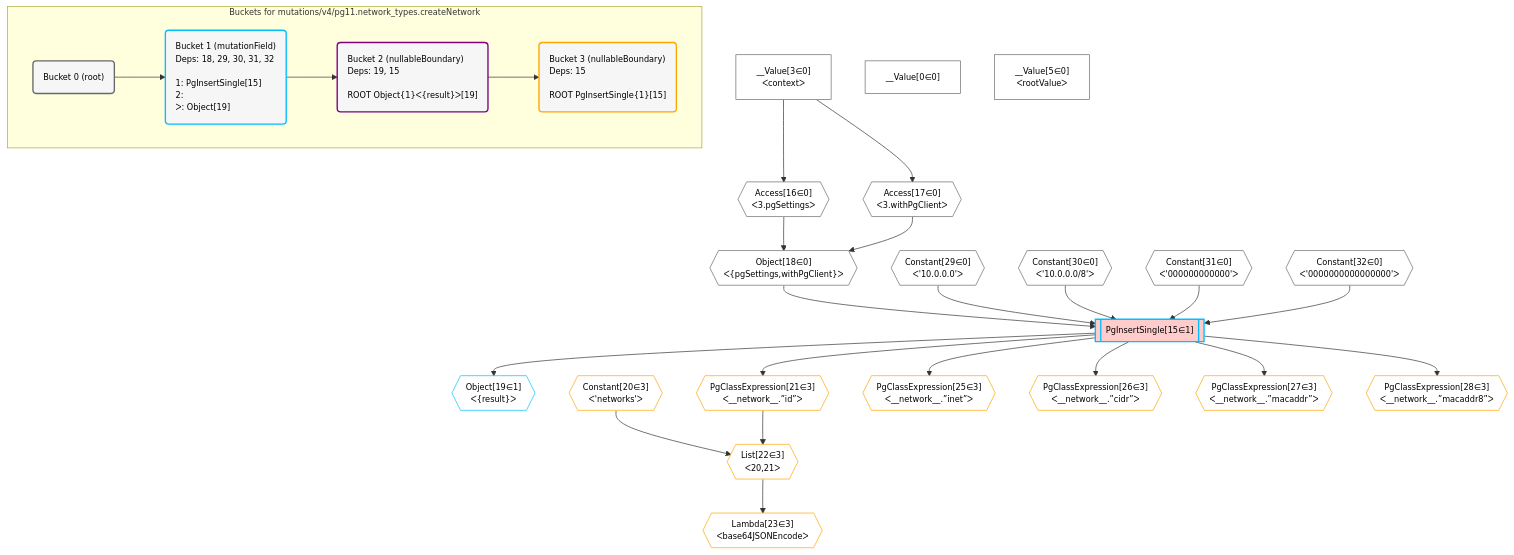
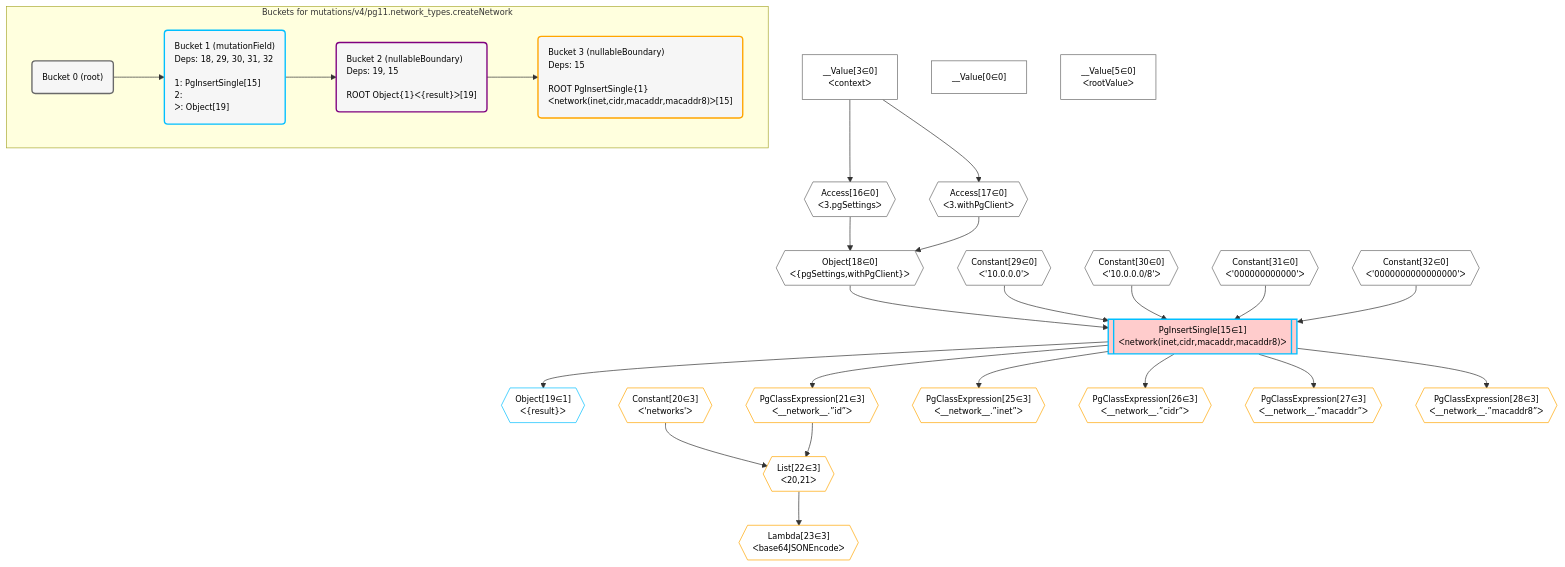
One commit to graphile/crystal changed the diagram in postgraphile/postgraphile/__tests__/mutations/v4/pg11.network_types.createNetwork.mermaid. Above: the diagram before and after it, drawn with Mermaid. The commit also changed 38 other files, not shown here.

```diff
--- a/postgraphile/postgraphile/__tests__/mutations/v4/pg11.network_types.createNetwork.mermaid
+++ b/postgraphile/postgraphile/__tests__/mutations/v4/pg11.network_types.createNetwork.mermaid
@@ -1,63 +1,63 @@
 %%{init: {'themeVariables': { 'fontSize': '12px'}}}%%
 graph TD
     classDef path fill:#eee,stroke:#000,color:#000
     classDef plan fill:#fff,stroke-width:1px,color:#000
     classDef itemplan fill:#fff,stroke-width:2px,color:#000
     classDef unbatchedplan fill:#dff,stroke-width:1px,color:#000
     classDef sideeffectplan fill:#fcc,stroke-width:2px,color:#000
     classDef bucket fill:#f6f6f6,color:#000,stroke-width:2px,text-align:left
 
 
     %% plan dependencies
     Object18{{"Object[18∈0]<br />ᐸ{pgSettings,withPgClient}ᐳ"}}:::plan
     Access16{{"Access[16∈0]<br />ᐸ3.pgSettingsᐳ"}}:::plan
     Access17{{"Access[17∈0]<br />ᐸ3.withPgClientᐳ"}}:::plan
     Access16 & Access17 --> Object18
     __Value3["__Value[3∈0]<br />ᐸcontextᐳ"]:::plan
     __Value3 --> Access16
     __Value3 --> Access17
     __Value0["__Value[0∈0]"]:::plan
     __Value5["__Value[5∈0]<br />ᐸrootValueᐳ"]:::plan
     Constant29{{"Constant[29∈0]<br />ᐸ'10.0.0.0'ᐳ"}}:::plan
     Constant30{{"Constant[30∈0]<br />ᐸ'10.0.0.0/8'ᐳ"}}:::plan
     Constant31{{"Constant[31∈0]<br />ᐸ'000000000000'ᐳ"}}:::plan
     Constant32{{"Constant[32∈0]<br />ᐸ'0000000000000000'ᐳ"}}:::plan
-    PgInsertSingle15[["PgInsertSingle[15∈1]"]]:::sideeffectplan
+    PgInsertSingle15[["PgInsertSingle[15∈1]<br />ᐸnetwork(inet,cidr,macaddr,macaddr8)ᐳ"]]:::sideeffectplan
     Object18 & Constant29 & Constant30 & Constant31 & Constant32 --> PgInsertSingle15
     Object19{{"Object[19∈1]<br />ᐸ{result}ᐳ"}}:::plan
     PgInsertSingle15 --> Object19
     List22{{"List[22∈3]<br />ᐸ20,21ᐳ"}}:::plan
     Constant20{{"Constant[20∈3]<br />ᐸ'networks'ᐳ"}}:::plan
     PgClassExpression21{{"PgClassExpression[21∈3]<br />ᐸ__network__.”id”ᐳ"}}:::plan
     Constant20 & PgClassExpression21 --> List22
     PgInsertSingle15 --> PgClassExpression21
     Lambda23{{"Lambda[23∈3]<br />ᐸbase64JSONEncodeᐳ"}}:::plan
     List22 --> Lambda23
     PgClassExpression25{{"PgClassExpression[25∈3]<br />ᐸ__network__.”inet”ᐳ"}}:::plan
     PgInsertSingle15 --> PgClassExpression25
     PgClassExpression26{{"PgClassExpression[26∈3]<br />ᐸ__network__.”cidr”ᐳ"}}:::plan
     PgInsertSingle15 --> PgClassExpression26
     PgClassExpression27{{"PgClassExpression[27∈3]<br />ᐸ__network__.”macaddr”ᐳ"}}:::plan
     PgInsertSingle15 --> PgClassExpression27
     PgClassExpression28{{"PgClassExpression[28∈3]<br />ᐸ__network__.”macaddr8”ᐳ"}}:::plan
     PgInsertSingle15 --> PgClassExpression28
 
     %% define steps
 
     subgraph "Buckets for mutations/v4/pg11.network_types.createNetwork"
     Bucket0("Bucket 0 (root)"):::bucket
     classDef bucket0 stroke:#696969
     class Bucket0,__Value0,__Value3,__Value5,Access16,Access17,Object18,Constant29,Constant30,Constant31,Constant32 bucket0
     Bucket1("Bucket 1 (mutationField)<br />Deps: 18, 29, 30, 31, 32<br /><br />1: PgInsertSingle[15]<br />2: <br />ᐳ: Object[19]"):::bucket
     classDef bucket1 stroke:#00bfff
     class Bucket1,PgInsertSingle15,Object19 bucket1
     Bucket2("Bucket 2 (nullableBoundary)<br />Deps: 19, 15<br /><br />ROOT Object{1}ᐸ{result}ᐳ[19]"):::bucket
     classDef bucket2 stroke:#7f007f
     class Bucket2 bucket2
-    Bucket3("Bucket 3 (nullableBoundary)<br />Deps: 15<br /><br />ROOT PgInsertSingle{1}[15]"):::bucket
+    Bucket3("Bucket 3 (nullableBoundary)<br />Deps: 15<br /><br />ROOT PgInsertSingle{1}ᐸnetwork(inet,cidr,macaddr,macaddr8)ᐳ[15]"):::bucket
     classDef bucket3 stroke:#ffa500
     class Bucket3,Constant20,PgClassExpression21,List22,Lambda23,PgClassExpression25,PgClassExpression26,PgClassExpression27,PgClassExpression28 bucket3
     Bucket0 --> Bucket1
     Bucket1 --> Bucket2
     Bucket2 --> Bucket3
     end
```
